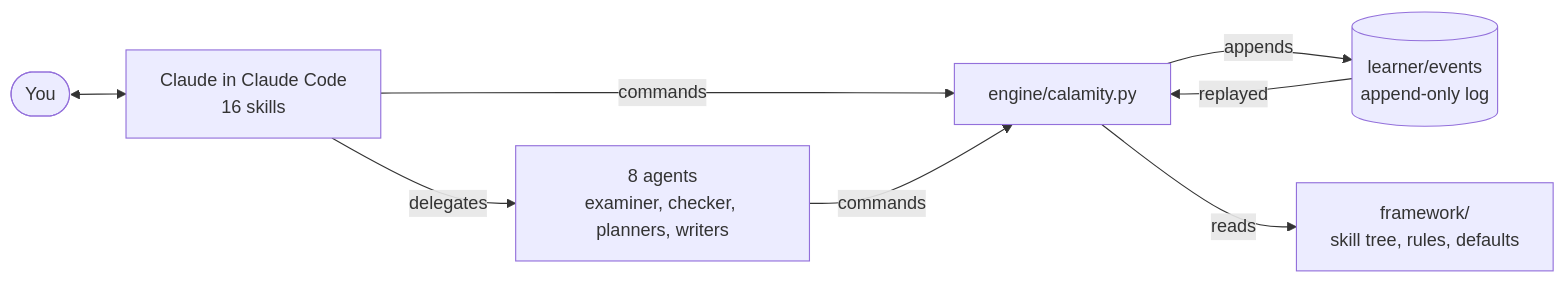
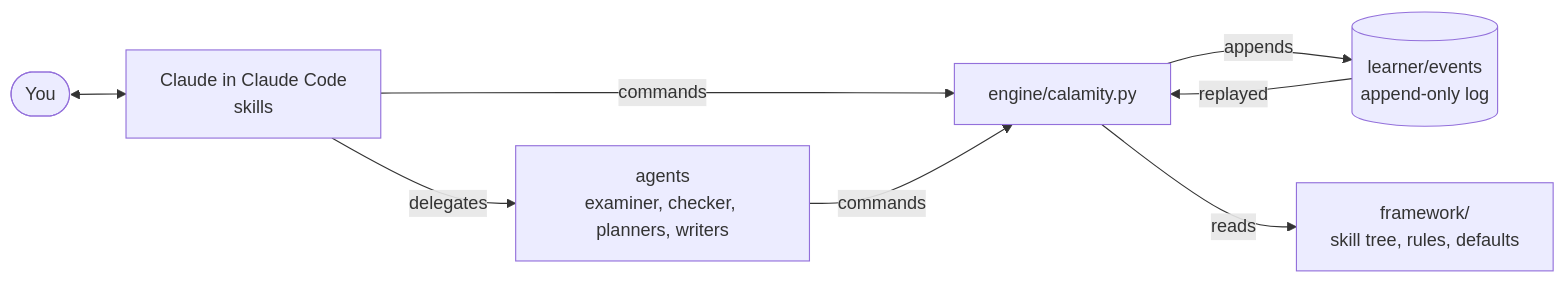
One commit to persxn/calamity-framework changed the diagram in README.md. Above: the diagram before and after it, drawn with Mermaid. The commit also changed other lines of this file and 10 other files, not shown here.

````diff
--- a/README.md
+++ b/README.md
@@ -701,10 +703,10 @@
 ```mermaid
 flowchart LR
-    you([You]) <--> claude[Claude in Claude Code<br/>16 skills]
-    claude -- delegates --> agents[8 agents<br/>examiner, checker, planners, writers]
+    you([You]) <--> claude[Claude in Claude Code<br/>skills]
+    claude -- delegates --> agents[agents<br/>examiner, checker, planners, writers]
     claude -- commands --> engine[engine/calamity.py]
     agents -- commands --> engine
     engine -- appends --> log[(learner/events<br/>append-only log)]
     log -- replayed --> engine
     engine -- reads --> fw[framework/<br/>skill tree, rules, defaults]
 ```
````
